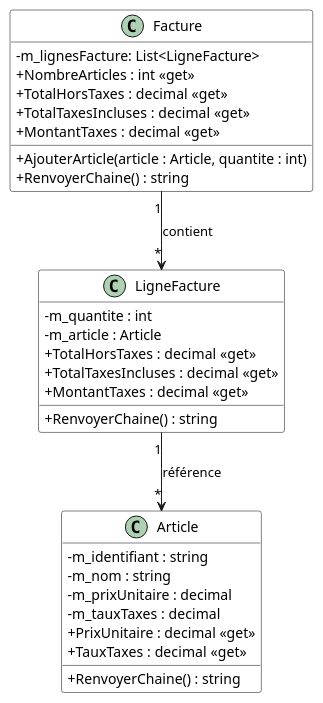
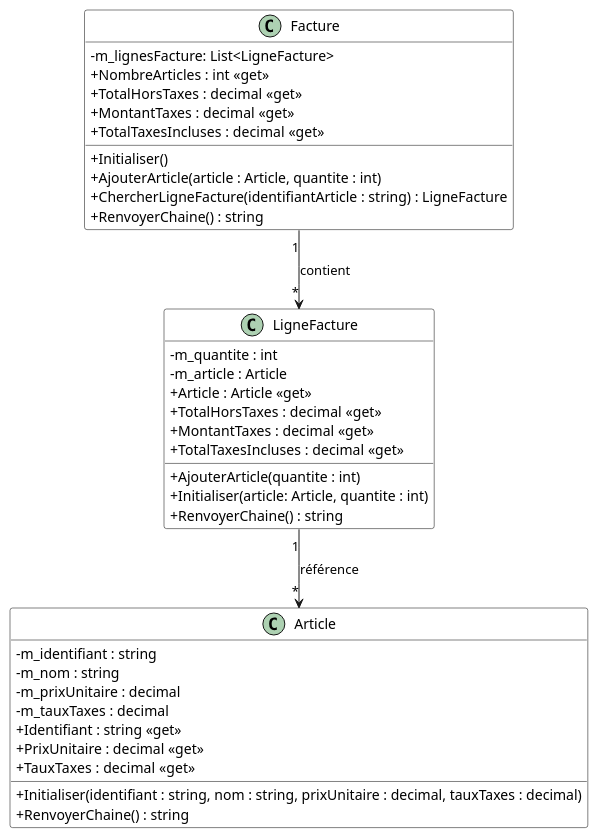
The diagram in Module03_Association/diag/src/FactureDiagClasses_Exercices.wsd (PiFou86/420-W20-SF), drawn with PlantUML before and after one commit. The commit also changed 25 other files, not shown here.

```diff
--- a/Module03_Association/diag/src/FactureDiagClasses_Exercices.wsd
+++ b/Module03_Association/diag/src/FactureDiagClasses_Exercices.wsd
@@ -1,37 +1,44 @@
 @startuml FactureDiagClasses
 skinparam classAttributeIconSize 0
 skinparam class {
     BackgroundColor White
     BorderColor #000
 }
 
 Facture "1" --> "*" LigneFacture : contient
 LigneFacture "1" --> "*" Article : référence
 
 class Facture {
     - m_lignesFacture: List<LigneFacture>
     + NombreArticles : int <<get>>
     + TotalHorsTaxes : decimal <<get>>
+    + MontantTaxes : decimal <<get>>
     + TotalTaxesIncluses : decimal <<get>>
-    + MontantTaxes : decimal <<get>>
+    + Initialiser()
     + AjouterArticle(article : Article, quantite : int)
+    + ChercherLigneFacture(identifiantArticle : string) : LigneFacture
     + RenvoyerChaine() : string
 }
 class LigneFacture {
     - m_quantite : int
     - m_article : Article
+    + Article : Article <<get>>
     + TotalHorsTaxes : decimal <<get>>
+    + MontantTaxes : decimal <<get>>
     + TotalTaxesIncluses : decimal <<get>>
-    + MontantTaxes : decimal <<get>>
+    + AjouterArticle(quantite : int)
+    + Initialiser(article: Article, quantite : int)
     + RenvoyerChaine() : string
 }
 class Article {
     - m_identifiant : string
     - m_nom : string
     - m_prixUnitaire : decimal
     - m_tauxTaxes : decimal
+    + Identifiant : string <<get>>
     + PrixUnitaire : decimal <<get>>
     + TauxTaxes : decimal <<get>>
+    + Initialiser(identifiant : string, nom : string, prixUnitaire : decimal, tauxTaxes : decimal)
     + RenvoyerChaine() : string
 }
 @enduml
```
